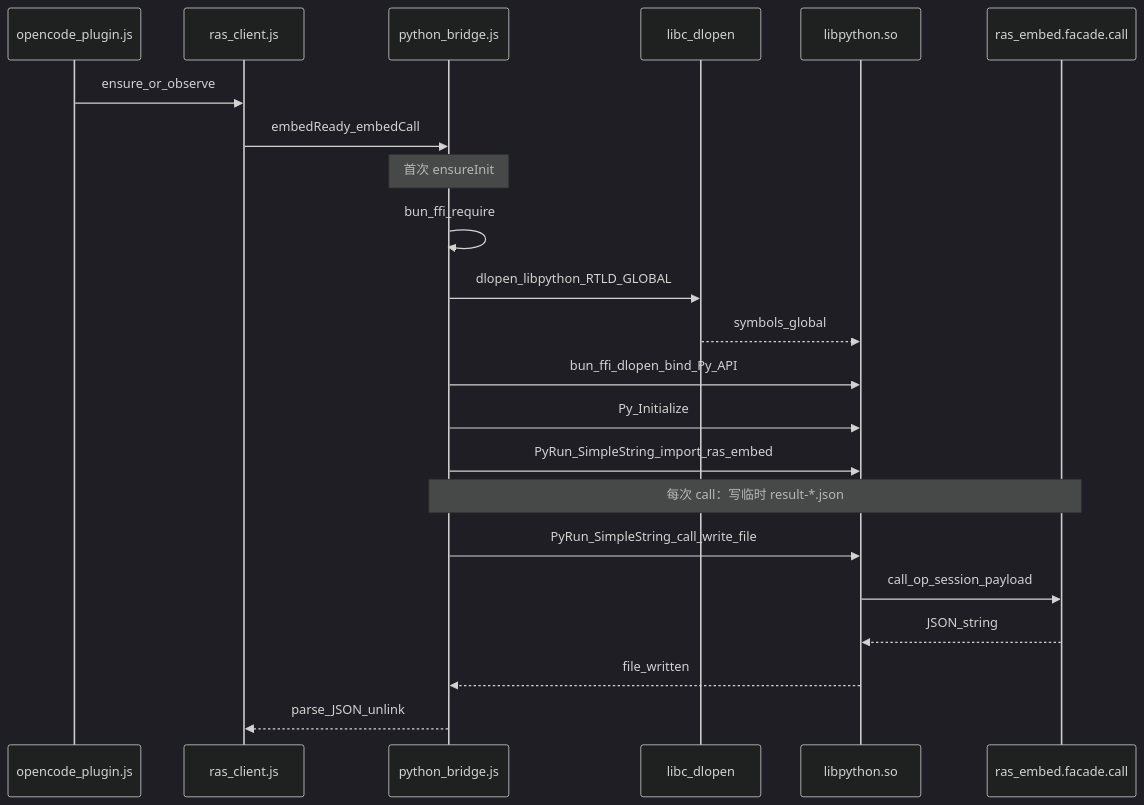
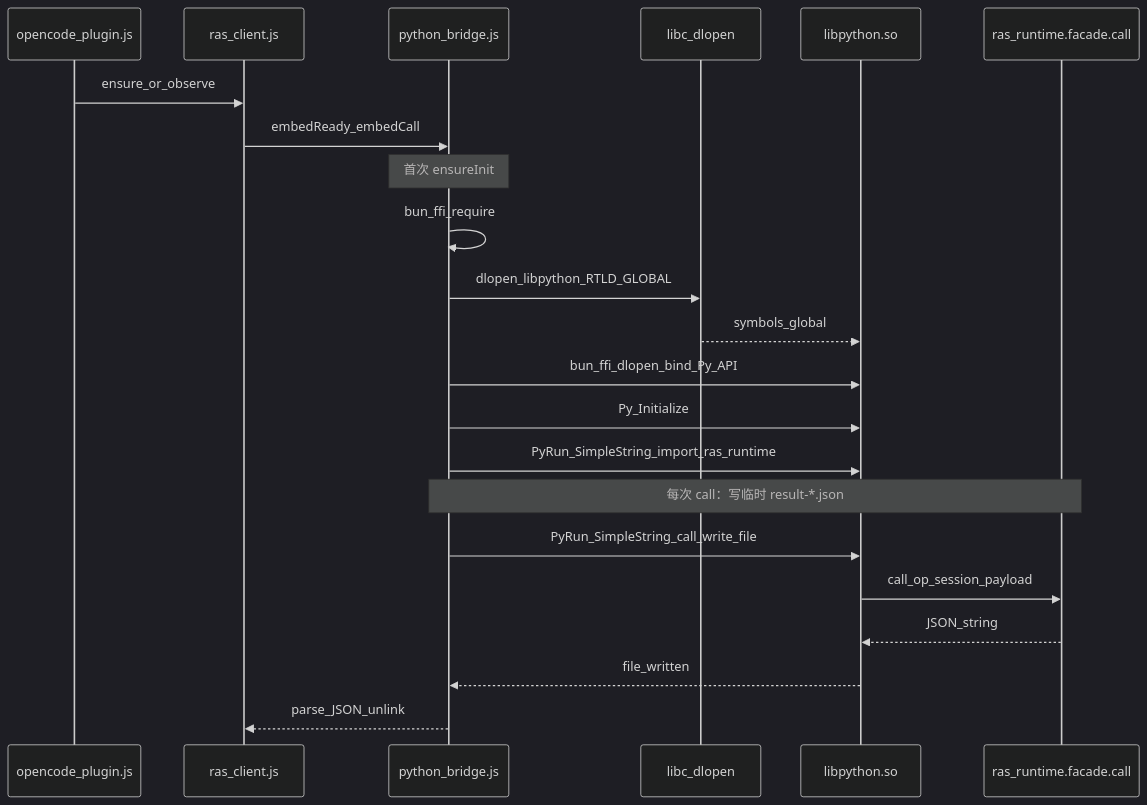
The fourth of 8 diagrams in docs/agent-ras/designs/architecture.md (openeuler-mirror/agent-insight), drawn with Mermaid (dark theme) before and after one commit. The commit also changed other lines of this file and 18 other files, not shown here.

First line of the commit message:
docs(ras): 同步分层搬家与 ras_runtime 更名后的文档引用

````diff
--- a/docs/agent-ras/designs/architecture.md
+++ b/docs/agent-ras/designs/architecture.md
@@ -141,25 +141,25 @@
 ```mermaid
 sequenceDiagram
   participant Plugin as opencode_plugin.js
   participant RC as ras_client.js
   participant Br as python_bridge.js
   participant Libc as libc_dlopen
   participant Py as libpython.so
-  participant Emb as ras_embed.facade.call
+  participant Emb as ras_runtime.facade.call
 
   Plugin->>RC: ensure_or_observe
   RC->>Br: embedReady_embedCall
   Note over Br: 首次 ensureInit
   Br->>Br: bun_ffi_require
   Br->>Libc: dlopen_libpython_RTLD_GLOBAL
   Libc-->>Py: symbols_global
   Br->>Py: bun_ffi_dlopen_bind_Py_API
   Br->>Py: Py_Initialize
-  Br->>Py: PyRun_SimpleString_import_ras_embed
+  Br->>Py: PyRun_SimpleString_import_ras_runtime
   Note over Br,Emb: 每次 call：写临时 result-*.json
   Br->>Py: PyRun_SimpleString_call_write_file
   Py->>Emb: call_op_session_payload
   Emb-->>Py: JSON_string
   Py-->>Br: file_written
   Br-->>RC: parse_JSON_unlink
 ```
````
